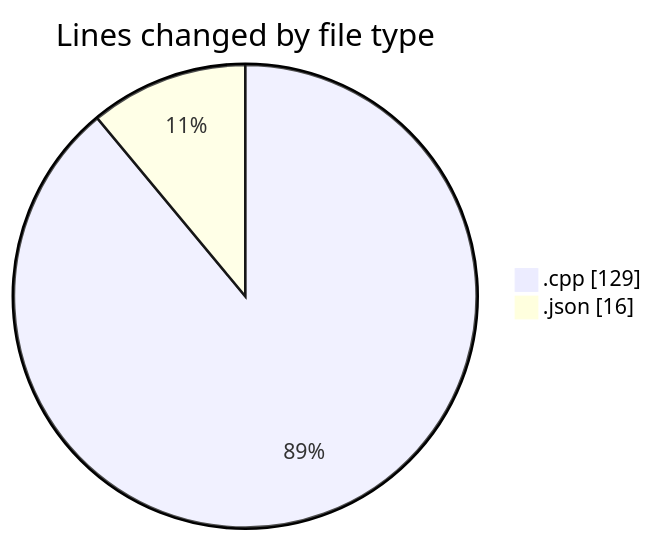
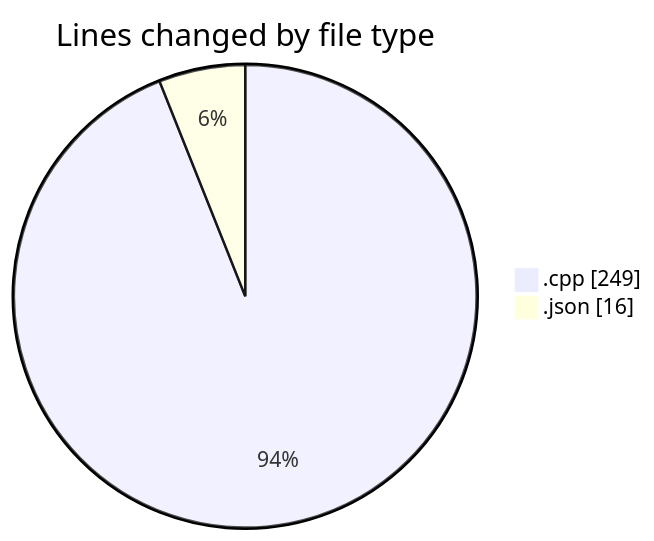
The first of 2 diagrams in 2025-04-23/echo/README.md (Netris89/code-tracking), drawn with Mermaid before and after one commit. The commit also changed other lines of this file and 1 other file, not shown here.

````diff
--- a/2025-04-23/echo/README.md
+++ b/2025-04-23/echo/README.md
@@ -21,6 +21,6 @@
 ```mermaid
 pie showData
 title Lines changed by file type
-".cpp" : 129
+".cpp" : 249
 ".json" : 16
 ```
````
